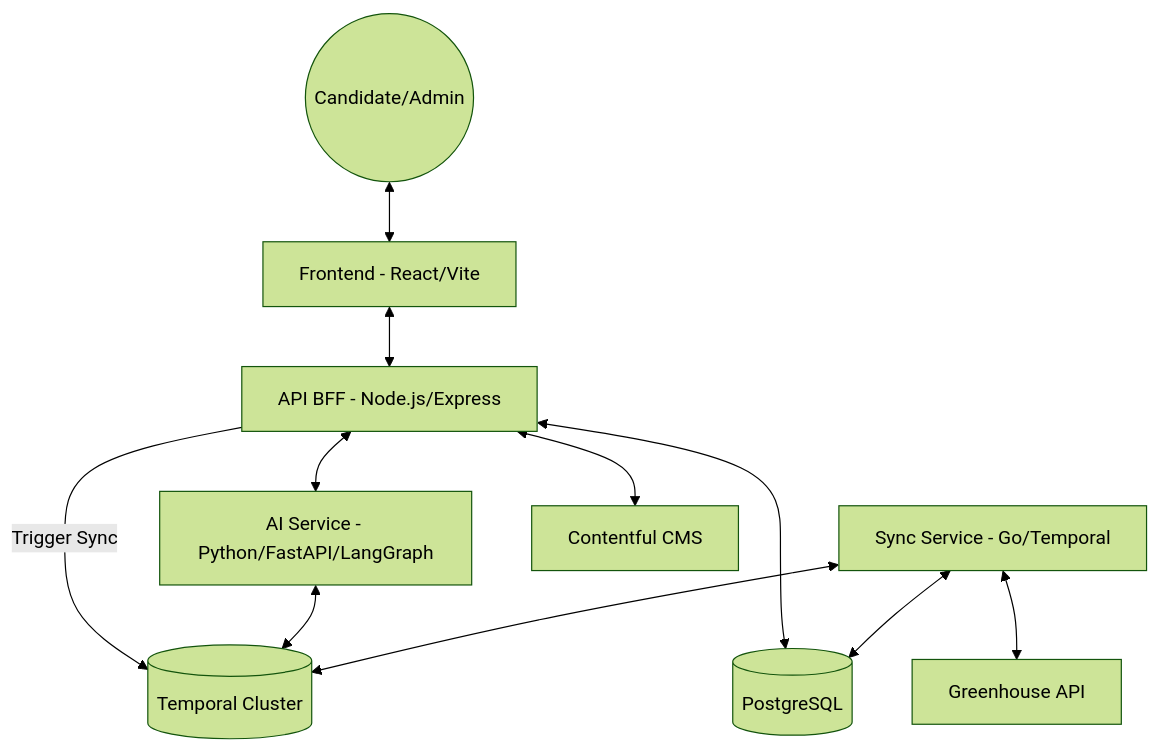
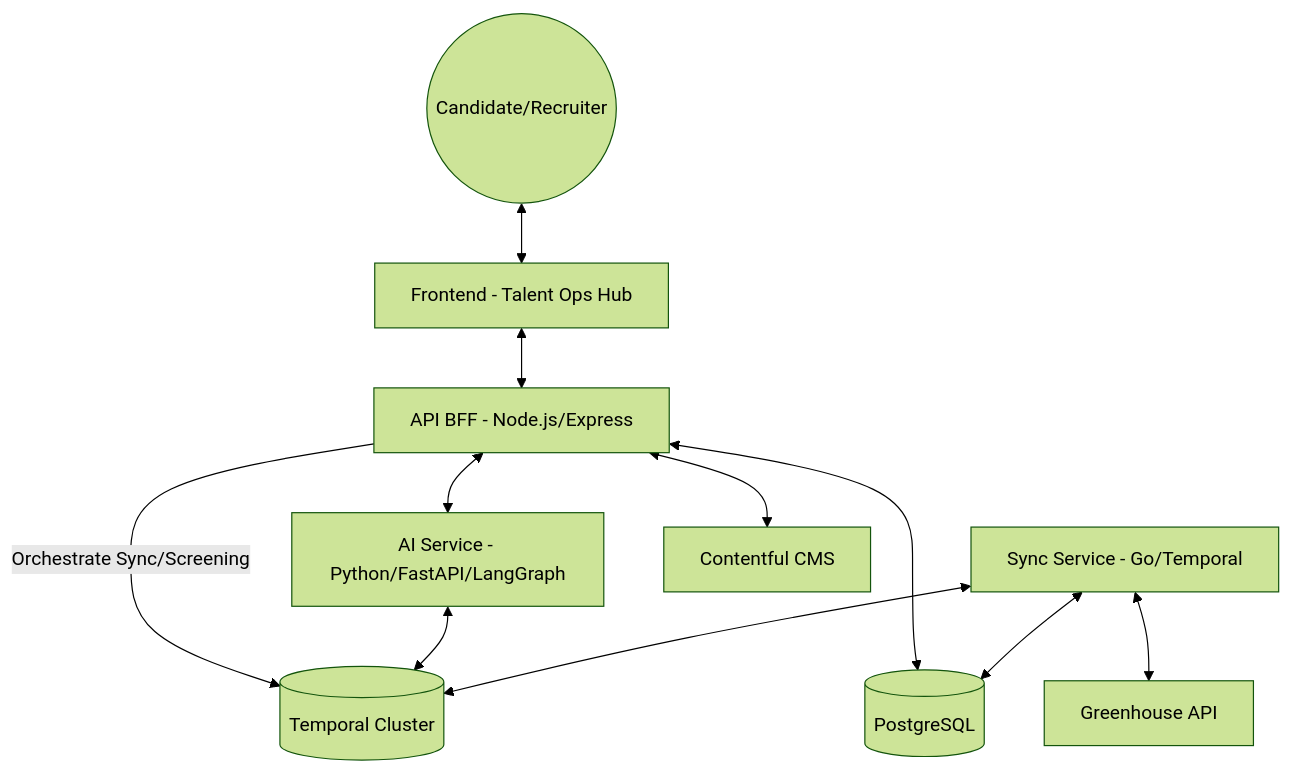
Before and after one commit to jakecosilla/candy-ai: the diagram in ARCHITECTURE.md, drawn with Mermaid (forest theme). The commit also changed other lines of this file and 4 other files, not shown here.

````diff
--- a/ARCHITECTURE.md
+++ b/ARCHITECTURE.md
@@ -8,23 +8,23 @@
 ```mermaid
 graph TD
-    User((Candidate/Admin))
-    Frontend[Frontend - React/Vite]
+    User((Candidate/Recruiter))
+    Frontend[Frontend - Talent Ops Hub]
     API[API BFF - Node.js/Express]
     SyncService[Sync Service - Go/Temporal]
     AIService[AI Service - Python/FastAPI/LangGraph]
     DB[(PostgreSQL)]
     Temporal[(Temporal Cluster)]
     GH[Greenhouse API]
     CMS[Contentful CMS]
 
     User <--> Frontend
     Frontend <--> API
     API <--> AIService
     API <--> DB
-    API -- Trigger Sync --> Temporal
+    API -- Orchestrate Sync/Screening --> Temporal
     AIService <--> Temporal
     SyncService <--> Temporal
     SyncService <--> DB
     SyncService <--> GH
     API <--> CMS
 ```
````
